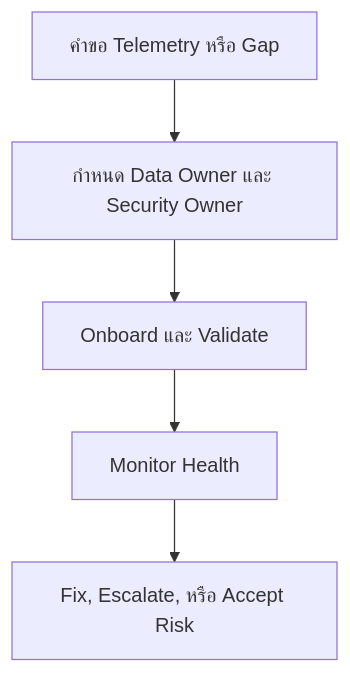
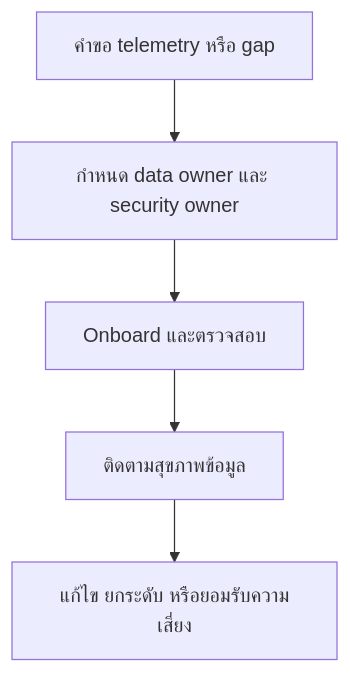
One commit to nutthakorn7/SOC-Standard-Operating-Procedures changed the diagram in 11_Reporting_Templates/Telemetry_Ownership_RACI.th.md. Above: the diagram before and after it, drawn with Mermaid. The commit also changed other lines of this file and 20 other files, not shown here.

````diff
--- a/11_Reporting_Templates/Telemetry_Ownership_RACI.th.md
+++ b/11_Reporting_Templates/Telemetry_Ownership_RACI.th.md
@@ -6,7 +6,7 @@
 ```mermaid
 graph TD
-    A["คำขอ Telemetry หรือ Gap"] --> B["กำหนด Data Owner และ Security Owner"]
-    B --> C["Onboard และ Validate"]
-    C --> D["Monitor Health"]
-    D --> E["Fix, Escalate, หรือ Accept Risk"]
+    A["คำขอ telemetry หรือ gap"] --> B["กำหนด data owner และ security owner"]
+    B --> C["Onboard และตรวจสอบ"]
+    C --> D["ติดตามสุขภาพข้อมูล"]
+    D --> E["แก้ไข ยกระดับ หรือยอมรับความเสี่ยง"]
 ```
````
